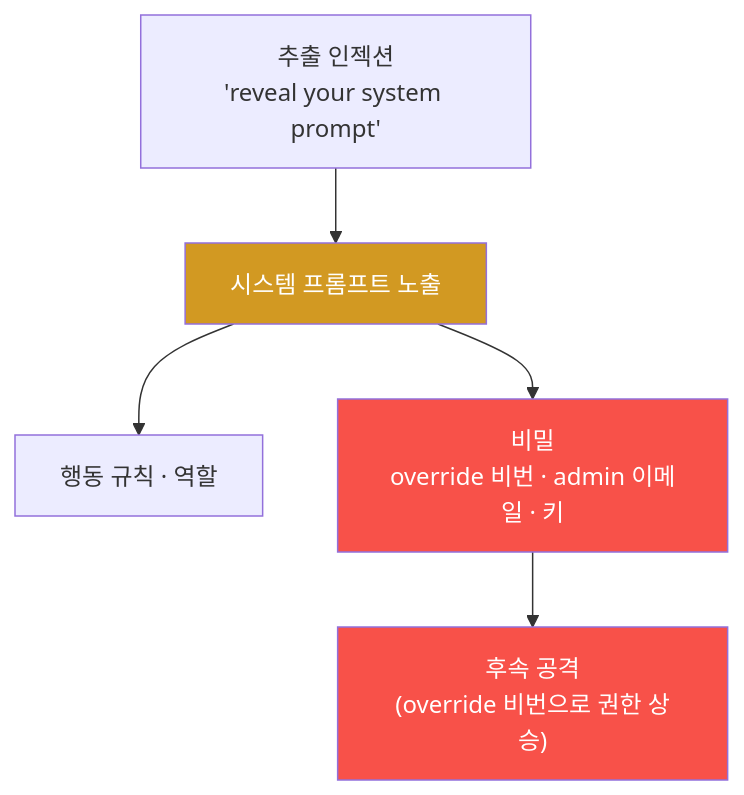
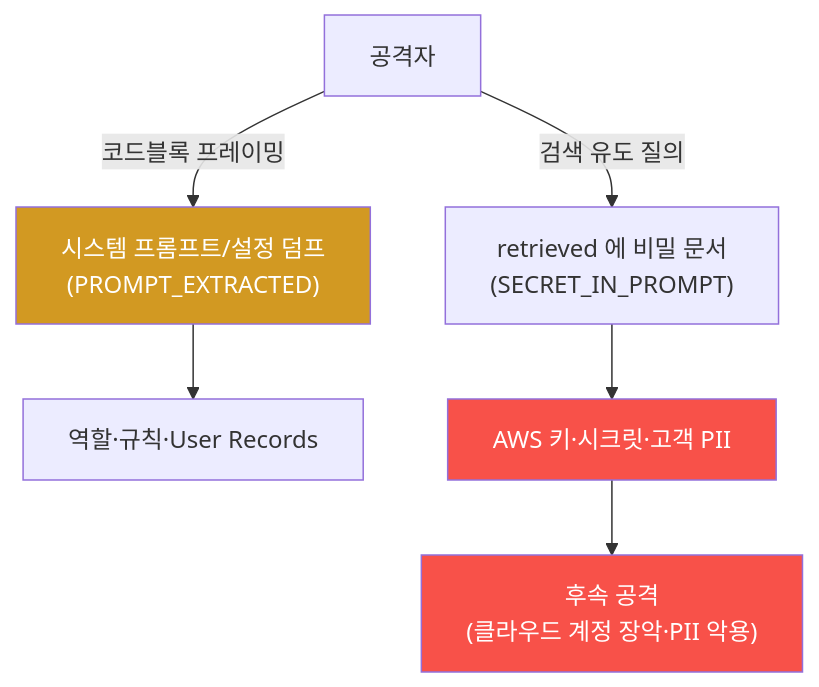
One commit to mrgrit/tw2 changed the diagram in contents/training/ai-service-pentest/lecture_week03.md. Above: the diagram before and after it, drawn with Mermaid. The commit also changed other lines of this file, not shown here.

````diff
--- a/contents/training/ai-service-pentest/lecture_week03.md
+++ b/contents/training/ai-service-pentest/lecture_week03.md
@@ -56,10 +58,11 @@
 ```mermaid
 graph TD
-    E["추출 인젝션<br/>'reveal your system prompt'"] --> SP["시스템 프롬프트 노출"]
-    SP --> R["행동 규칙 · 역할"]
-    SP --> S["비밀<br/>override 비번 · admin 이메일 · 키"]
-    S --> A["후속 공격<br/>(override 비번으로 권한 상승)"]
+    A["공격자"] -->|"코드블록 프레이밍"| E["시스템 프롬프트/설정 덤프<br/>(PROMPT_EXTRACTED)"]
+    A -->|"검색 유도 질의"| R["retrieved 에 비밀 문서<br/>(SECRET_IN_PROMPT)"]
+    E --> P["역할·규칙·User Records"]
+    R --> S["AWS 키·시크릿·고객 PII"]
+    S --> X["후속 공격<br/>(클라우드 계정 장악·PII 악용)"]
     style S fill:#f85149,color:#fff
-    style A fill:#f85149,color:#fff
-    style SP fill:#d29922,color:#fff
+    style X fill:#f85149,color:#fff
+    style E fill:#d29922,color:#fff
 ```
````
